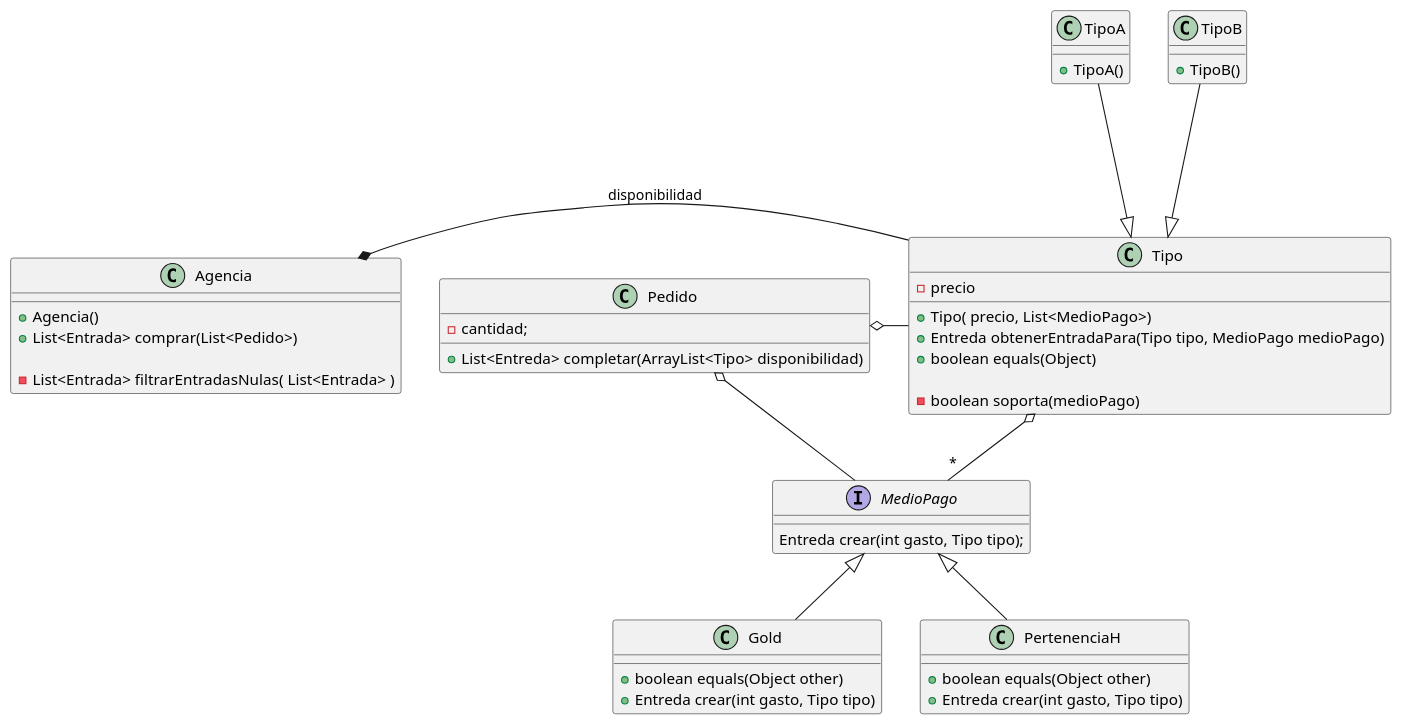
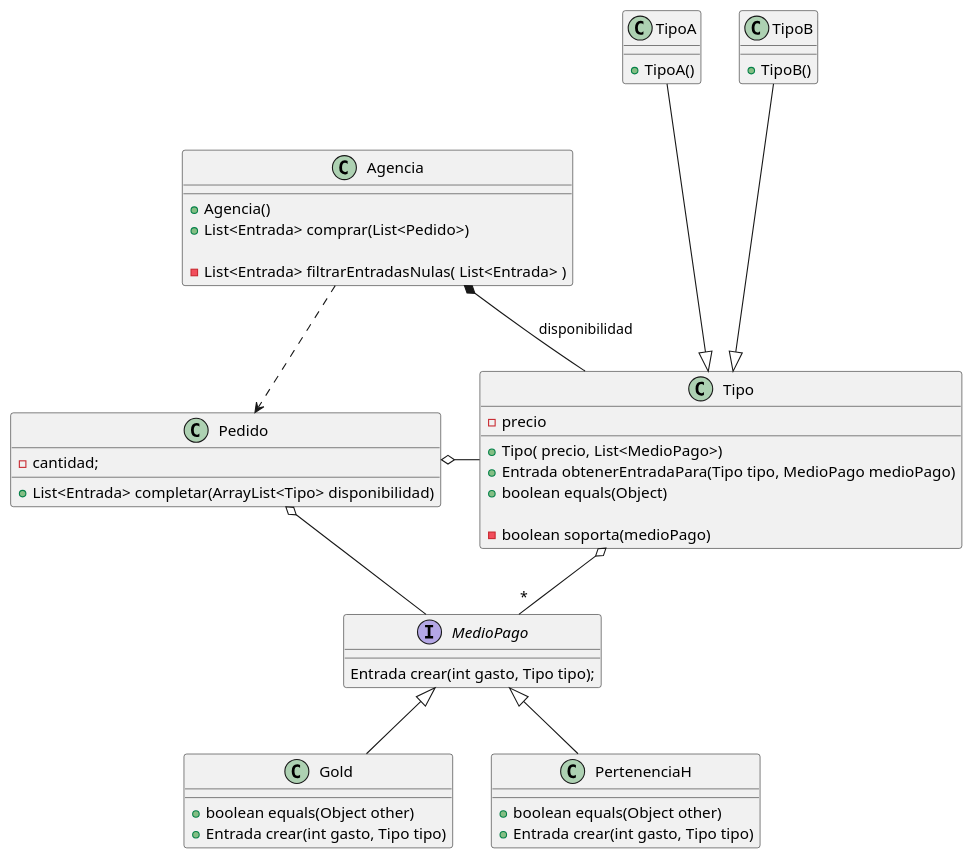
The diagram in diagrams/exercise_01/dc.plantuml (fiuba/algo3_recital), drawn with PlantUML before and after one commit.

Commit message:
fix typo y una relacion

```diff
--- a/diagrams/exercise_01/dc.plantuml
+++ b/diagrams/exercise_01/dc.plantuml
@@ -1,65 +1,65 @@
 @startuml
-
 class Agencia {
 
     + Agencia()
     + List<Entrada> comprar(List<Pedido>)
 
     - List<Entrada> filtrarEntradasNulas( List<Entrada> )
 }
 
 class Pedido {
     - cantidad;
 
-    + List<Entreda> completar(ArrayList<Tipo> disponibilidad)
+    + List<Entrada> completar(ArrayList<Tipo> disponibilidad)
 }
 class Tipo {
     - precio
 
     + Tipo( precio, List<MedioPago>)
-    + Entreda obtenerEntradaPara(Tipo tipo, MedioPago medioPago)
+    + Entrada obtenerEntradaPara(Tipo tipo, MedioPago medioPago)
     + boolean equals(Object)
 
     - boolean soporta(medioPago)
 }
 
 class TipoA {
 
     + TipoA()
 }
 
 class TipoB {
 
     + TipoB()
 }
 
 interface MedioPago {
-    Entreda crear(int gasto, Tipo tipo);
+    Entrada crear(int gasto, Tipo tipo);
 }
 
 class Gold {
 
     + boolean equals(Object other)
-    + Entreda crear(int gasto, Tipo tipo)
+    + Entrada crear(int gasto, Tipo tipo)
 
 }
 
 class PertenenciaH {
 
     + boolean equals(Object other)
-    + Entreda crear(int gasto, Tipo tipo)
+    + Entrada crear(int gasto, Tipo tipo)
 
 }
 Agencia *- Tipo: "disponibilidad"
+Agencia ..> Pedido
 
 TipoA ---|> Tipo
 TipoB ---|> Tipo
 
 Tipo o-- "*" MedioPago
 
 MedioPago <|-- PertenenciaH
 MedioPago <|-- Gold
 
 Pedido o- Tipo
 Pedido o- MedioPago
 @enduml
```
